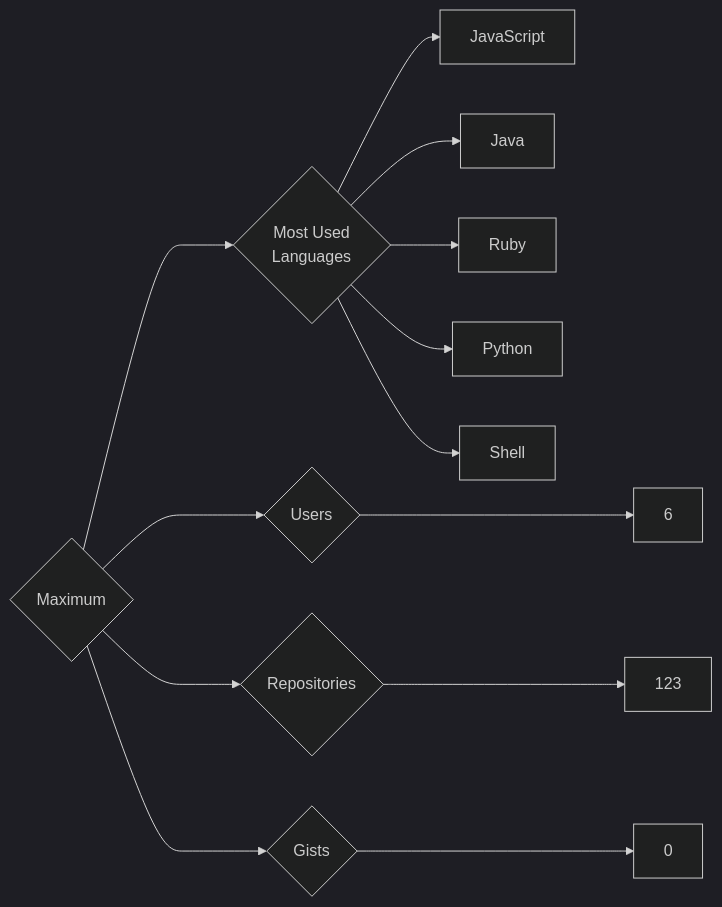
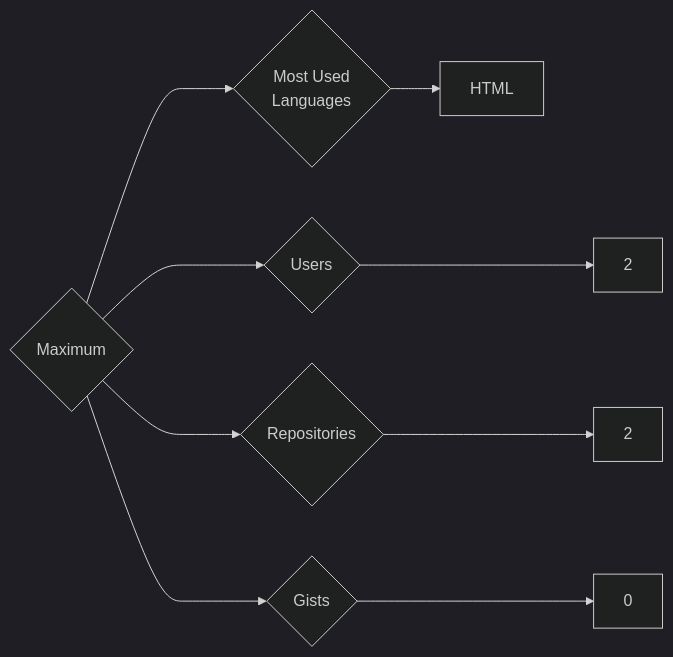
Before and after one commit to trickest/insiders: the diagram in targets/Maximum/README.md, drawn with Mermaid (dark theme). The commit also changed 924 other files, not shown here.

````diff
--- a/targets/Maximum/README.md
+++ b/targets/Maximum/README.md
@@ -3,13 +3,9 @@
 ```mermaid
 graph LR
 COMPANY_NAME{Maximum}
-COMPANY_NAME ---> U{Users} ---> UN[6]
-COMPANY_NAME ---> R{Repositories} ---> RN[123]
+COMPANY_NAME ---> U{Users} ---> UN[2]
+COMPANY_NAME ---> R{Repositories} ---> RN[2]
 COMPANY_NAME ---> G{Gists} ---> GN[0]
 COMPANY_NAME ---> ML{Most Used<br>Languages}
-ML --> JavaScript[JavaScript]
-ML --> Java[Java]
-ML --> Ruby[Ruby]
-ML --> Python[Python]
-ML --> Shell[Shell]
+ML --> HTML[HTML]
 ```
````
